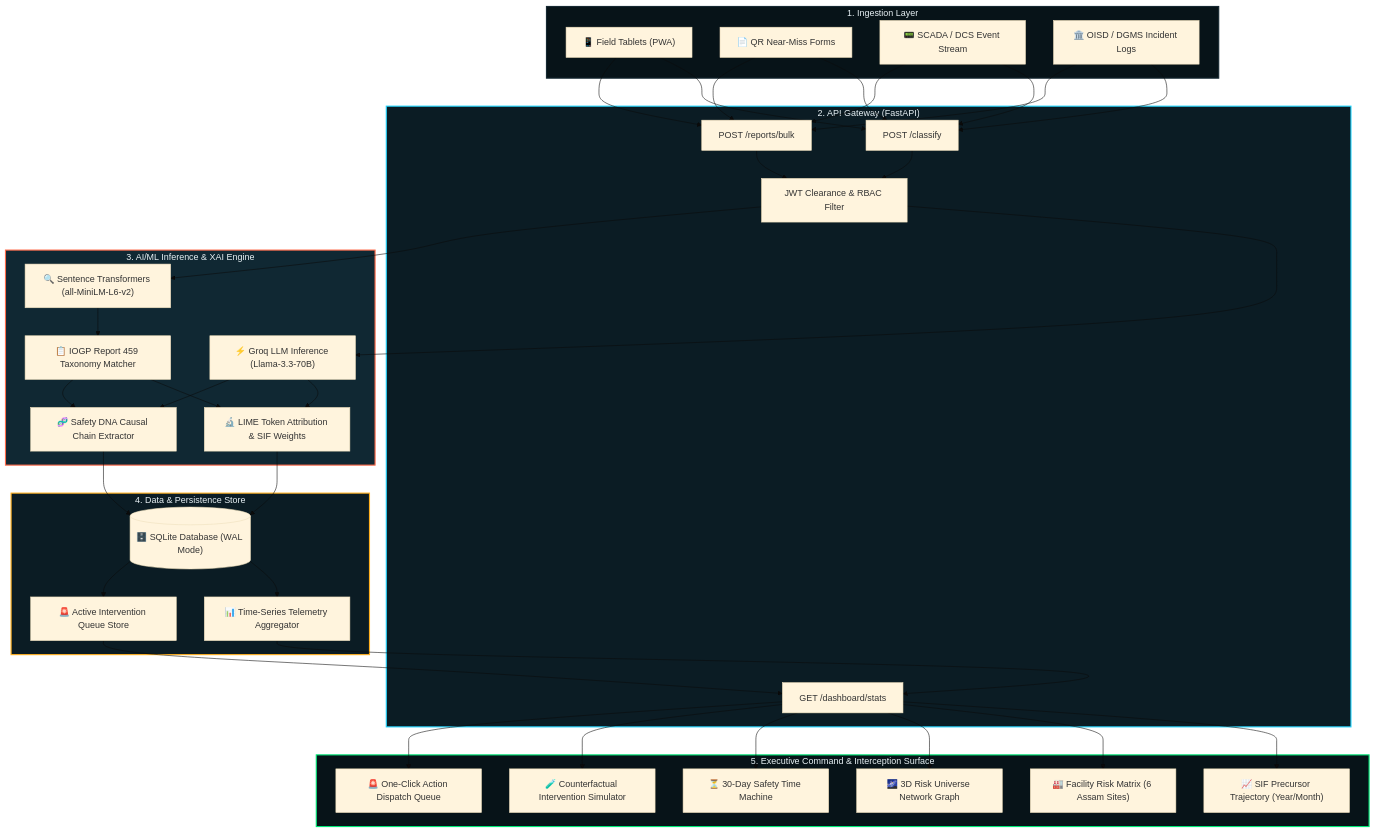
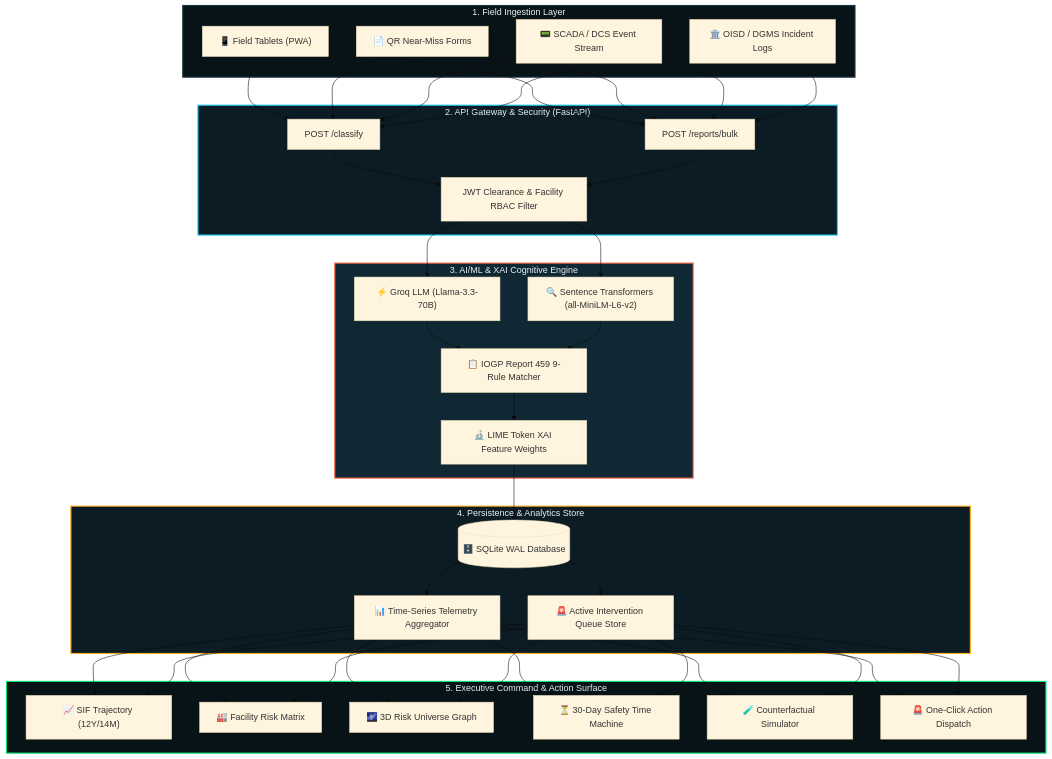
Before and after one commit to dharani25007-code/SENTINEL-X: the first of 2 diagrams in README.md, drawn with Mermaid (base theme).

Commit message:
Fix Mermaid architecture diagram flow to eliminate subgraph stretching

````diff
--- a/README.md
+++ b/README.md
@@ -545,55 +545,52 @@
 ```mermaid
-graph TB
-    subgraph Layer1["1. Ingestion Layer"]
+flowchart TD
+    subgraph L1["1. Field Ingestion Layer"]
         A1["📱 Field Tablets (PWA)"]
         A2["📄 QR Near-Miss Forms"]
         A3["📟 SCADA / DCS Event Stream"]
         A4["🏛️ OISD / DGMS Incident Logs"]
     end
 
-    subgraph Layer2["2. API Gateway (FastAPI)"]
+    subgraph L2["2. API Gateway & Security (FastAPI)"]
         B1["POST /classify"]
         B2["POST /reports/bulk"]
-        B3["GET /dashboard/stats"]
-        B4["JWT Clearance & RBAC Filter"]
+        B3["JWT Clearance & Facility RBAC Filter"]
     end
 
-    subgraph Layer3["3. AI/ML Inference & XAI Engine"]
-        C1["⚡ Groq LLM Inference (Llama-3.3-70B)"]
+    subgraph L3["3. AI/ML & XAI Cognitive Engine"]
+        C1["⚡ Groq LLM (Llama-3.3-70B)"]
         C2["🔍 Sentence Transformers (all-MiniLM-L6-v2)"]
-        C3["📋 IOGP Report 459 Taxonomy Matcher"]
-        C4["🔬 LIME Token Attribution & SIF Weights"]
-        C5["🧬 Safety DNA Causal Chain Extractor"]
+        C3["📋 IOGP Report 459 9-Rule Matcher"]
+        C4["🔬 LIME Token XAI Feature Weights"]
     end
 
-    subgraph Layer4["4. Data & Persistence Store"]
-        D1[("🗄️ SQLite Database (WAL Mode)")]
+    subgraph L4["4. Persistence & Analytics Store"]
+        D1[("🗄️ SQLite WAL Database")]
         D2["📊 Time-Series Telemetry Aggregator"]
         D3["🚨 Active Intervention Queue Store"]
     end
 
-    subgraph Layer5["5. Executive Command & Interception Surface"]
-        E1["📈 SIF Precursor Trajectory (Year/Month)"]
-        E2["🏭 Facility Risk Matrix (6 Assam Sites)"]
-        E3["🌌 3D Risk Universe Network Graph"]
+    subgraph L5["5. Executive Command & Action Surface"]
+        E1["📈 SIF Trajectory (12Y/14M)"]
+        E2["🏭 Facility Risk Matrix"]
+        E3["🌌 3D Risk Universe Graph"]
         E4["⏳ 30-Day Safety Time Machine"]
-        E5["🧪 Counterfactual Intervention Simulator"]
-        E6["🚨 One-Click Action Dispatch Queue"]
+        E5["🧪 Counterfactual Simulator"]
+        E6["🚨 One-Click Action Dispatch"]
     end
 
     A1 & A2 & A3 & A4 --> B1 & B2
-    B1 & B2 --> B4
-    B4 --> C1 & C2
-    C2 --> C3
-    C1 & C3 --> C4 & C5
-    C4 & C5 --> D1
+    B1 & B2 --> B3
+    B3 --> C1 & C2
+    C1 & C2 --> C3
+    C3 --> C4
+    C4 --> D1
     D1 --> D2 & D3
-    D2 & D3 --> B3
-    B3 --> E1 & E2 & E3 & E4 & E5 & E6
+    D2 & D3 --> E1 & E2 & E3 & E4 & E5 & E6
 
-    style Layer1 fill:#071318,stroke:#162932,stroke-width:2px,color:#E8F1F5
-    style Layer2 fill:#0B1C24,stroke:#21D4FD,stroke-width:2px,color:#E8F1F5
-    style Layer3 fill:#102833,stroke:#FF6B4A,stroke-width:2px,color:#E8F1F5
-    style Layer4 fill:#0B1C24,stroke:#FFB020,stroke-width:2px,color:#E8F1F5
-    style Layer5 fill:#071318,stroke:#00E676,stroke-width:2px,color:#E8F1F5
+    style L1 fill:#081318,stroke:#1A3644,stroke-width:2px,color:#E8F1F5
+    style L2 fill:#0B1C24,stroke:#21D4FD,stroke-width:2px,color:#E8F1F5
+    style L3 fill:#102833,stroke:#FF6B4A,stroke-width:2px,color:#E8F1F5
+    style L4 fill:#0B1C24,stroke:#FFB020,stroke-width:2px,color:#E8F1F5
+    style L5 fill:#081318,stroke:#00E676,stroke-width:2px,color:#E8F1F5
 ```
````
